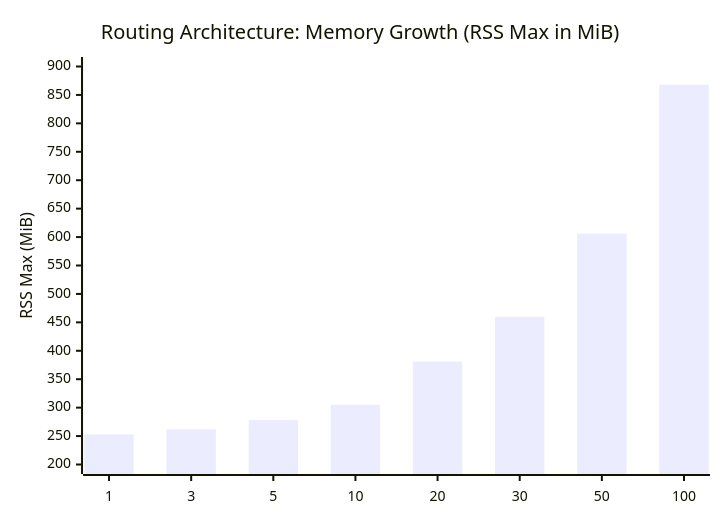
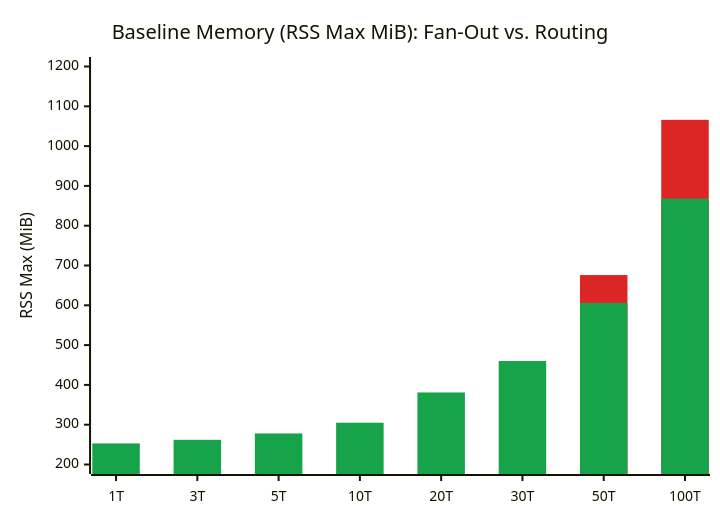
Before and after one commit to tom-ludwig/kyma-telemetry-gardener-test-cluster: the second of 4 diagrams in result.md, drawn with Mermaid. The commit also changed other lines of this file, not shown here.

Commit message:
docs(load-test): merge results graphs

````diff
--- a/result.md
+++ b/result.md
@@ -118,7 +96,14 @@
 ```mermaid
+---
+config:
+  themeVariables:
+    xyChart:
+      plotColorPalette: "#dc2626, #16a34a"
+---
 xychart-beta
-    title "Routing Architecture: Memory Growth (RSS Max in MiB)"
-    x-axis ["1", "3", "5", "10", "20", "30", "50", "100"]
-    y-axis "RSS Max (MiB)" 200 --> 900
-    bar [253, 262, 278, 305, 381, 460, 606, 868]
+    title "Baseline Memory (RSS Max MiB): Fan-Out vs. Routing"
+    x-axis ["1T", "3T", "5T", "10T", "20T", "30T", "50T", "100T"]
+    y-axis "RSS Max (MiB)" 200 --> 1200
+    bar "Fan-Out" [0, 0, 0, 0, 0, 0, 676, 1066]
+    bar "Routing" [253, 262, 278, 305, 381, 460, 606, 868]
 ```
````
